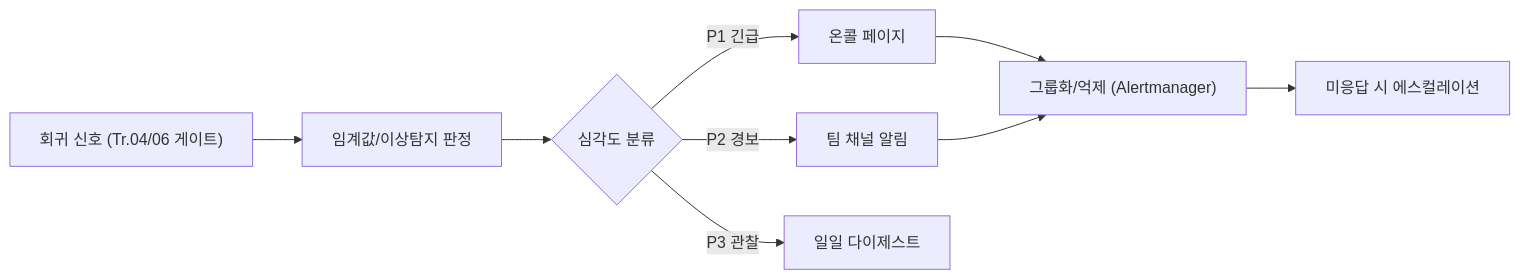
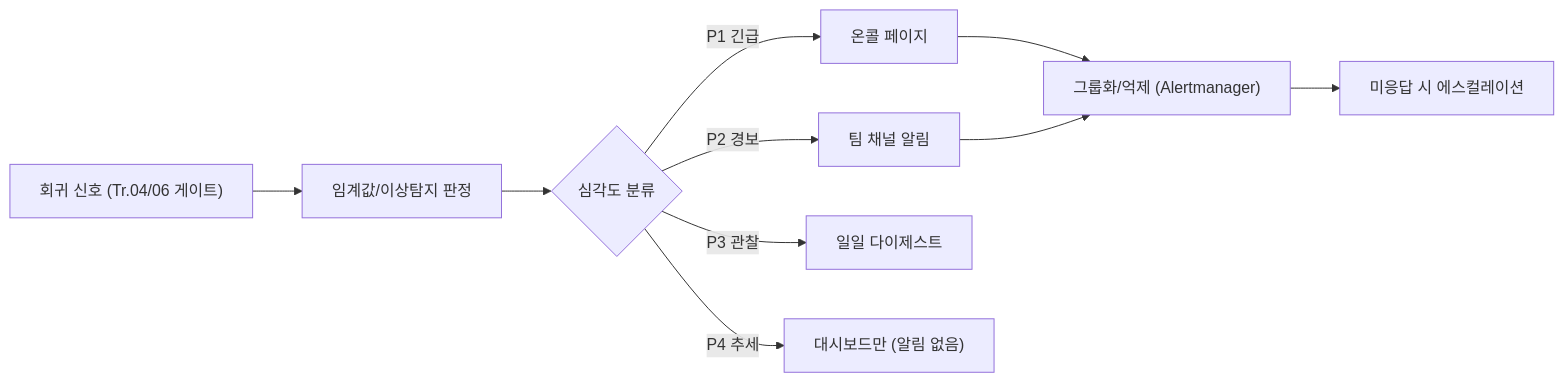
Before and after one commit to 42jerrykim/42jerrykim.github.io: the diagram in content/collection/optimization-12-regression-prevention/09-alerting-strategy/index.md, drawn with Mermaid. The commit also changed other lines of this file and 1 other file, not shown here.

````diff
--- a/content/collection/optimization-12-regression-prevention/09-alerting-strategy/index.md
+++ b/content/collection/optimization-12-regression-prevention/09-alerting-strategy/index.md
@@ -126,11 +124,12 @@
 ```mermaid
 flowchart LR
   signal["회귀 신호 (Tr.04/06 게이트)"] --> classify["임계값/이상탐지 판정"]
   classify --> severity{"심각도 분류"}
   severity -->|"P1 긴급"| page["온콜 페이지"]
   severity -->|"P2 경보"| ticket["팀 채널 알림"]
   severity -->|"P3 관찰"| digest["일일 다이제스트"]
+  severity -->|"P4 추세"| board["대시보드만 (알림 없음)"]
   page --> dedup["그룹화/억제 (Alertmanager)"]
   ticket --> dedup
   dedup --> escalate["미응답 시 에스컬레이션"]
 ```
````
